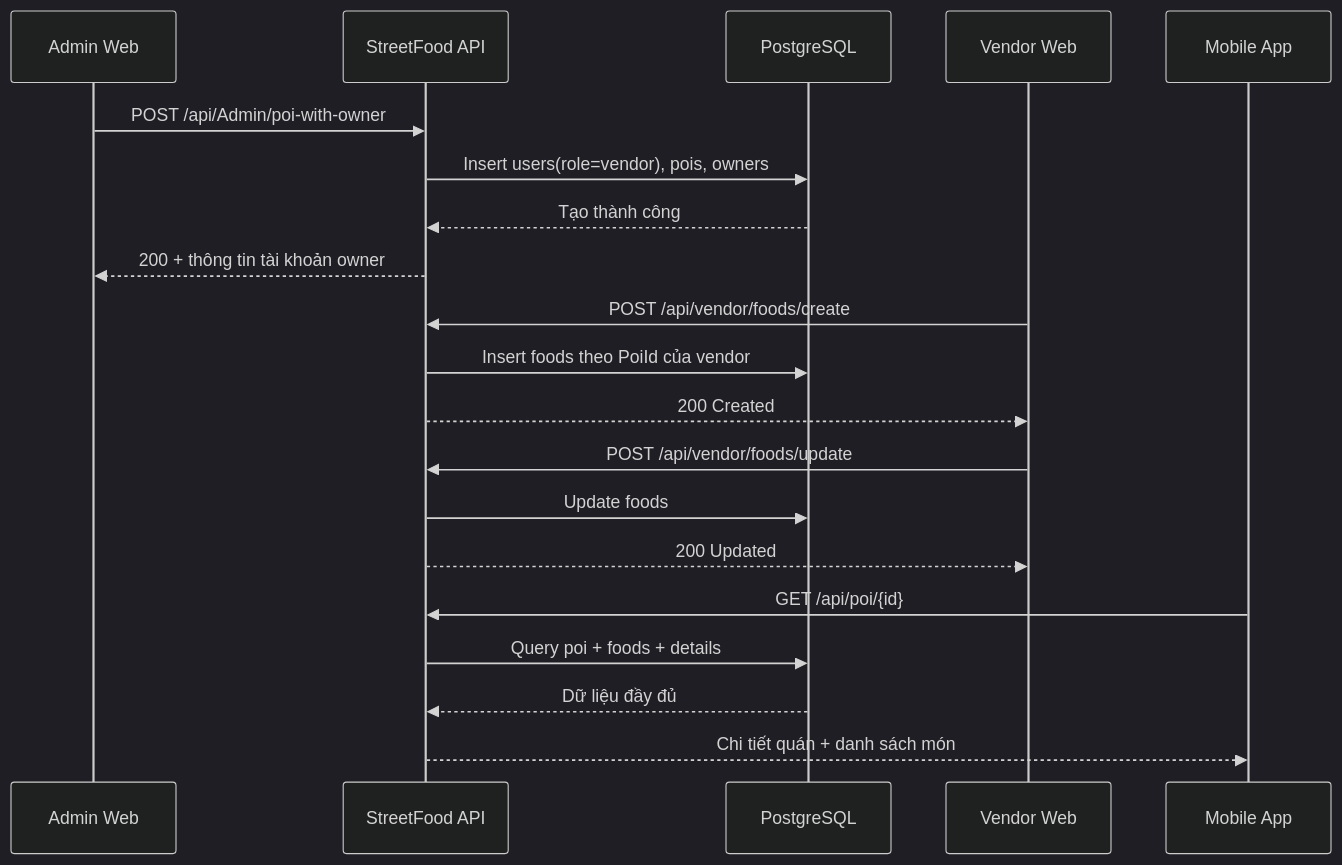
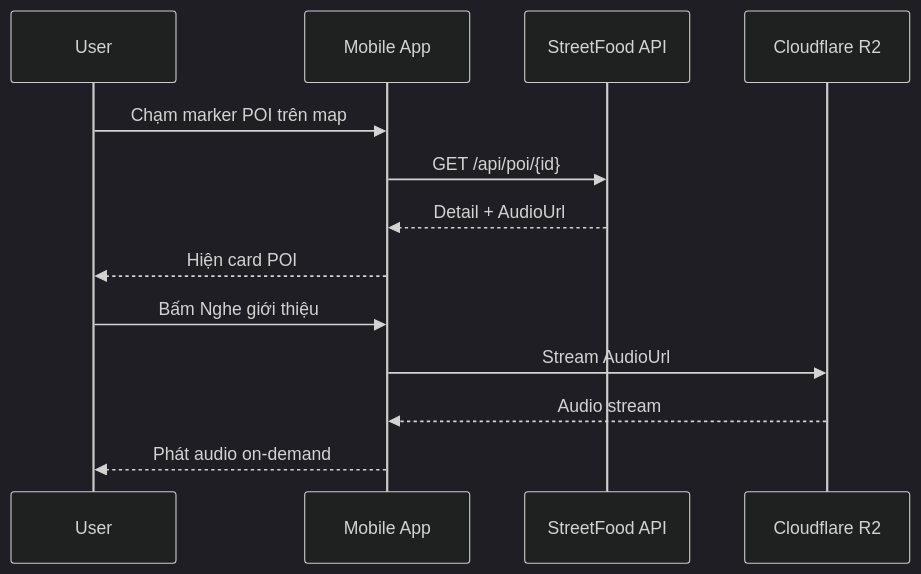
One commit to NguyenPhuc-Du/StreetFood changed diagram 13 of 46 in prd.md. Above: the diagram before and after it, drawn with Mermaid (dark theme). The commit also changed other lines of this file and 1 other file, not shown here.

````diff
--- a/prd.md
+++ b/prd.md
@@ -811,25 +831,15 @@
 ```mermaid
 sequenceDiagram
-    participant A as Admin Web
+    participant U as User
+    participant M as Mobile App
     participant API as StreetFood API
-    participant DB as PostgreSQL
-    participant V as Vendor Web
-    participant M as Mobile App
-
-    A->>API: POST /api/Admin/poi-with-owner
-    API->>DB: Insert users(role=vendor), pois, owners
-    DB-->>API: Tạo thành công
-    API-->>A: 200 + thông tin tài khoản owner
-
-    V->>API: POST /api/vendor/foods/create
-    API->>DB: Insert foods theo PoiId của vendor
-    API-->>V: 200 Created
-    V->>API: POST /api/vendor/foods/update
-    API->>DB: Update foods
-    API-->>V: 200 Updated
-
+    participant R2 as Cloudflare R2
+    U->>M: Chạm marker POI trên map
     M->>API: GET /api/poi/{id}
-    API->>DB: Query poi + foods + details
-    DB-->>API: Dữ liệu đầy đủ
-    API-->>M: Chi tiết quán + danh sách món
+    API-->>M: Detail + AudioUrl
+    M-->>U: Hiện card POI
+    U->>M: Bấm Nghe giới thiệu
+    M->>R2: Stream AudioUrl
+    R2-->>M: Audio stream
+    M-->>U: Phát audio on-demand
 ```
````
